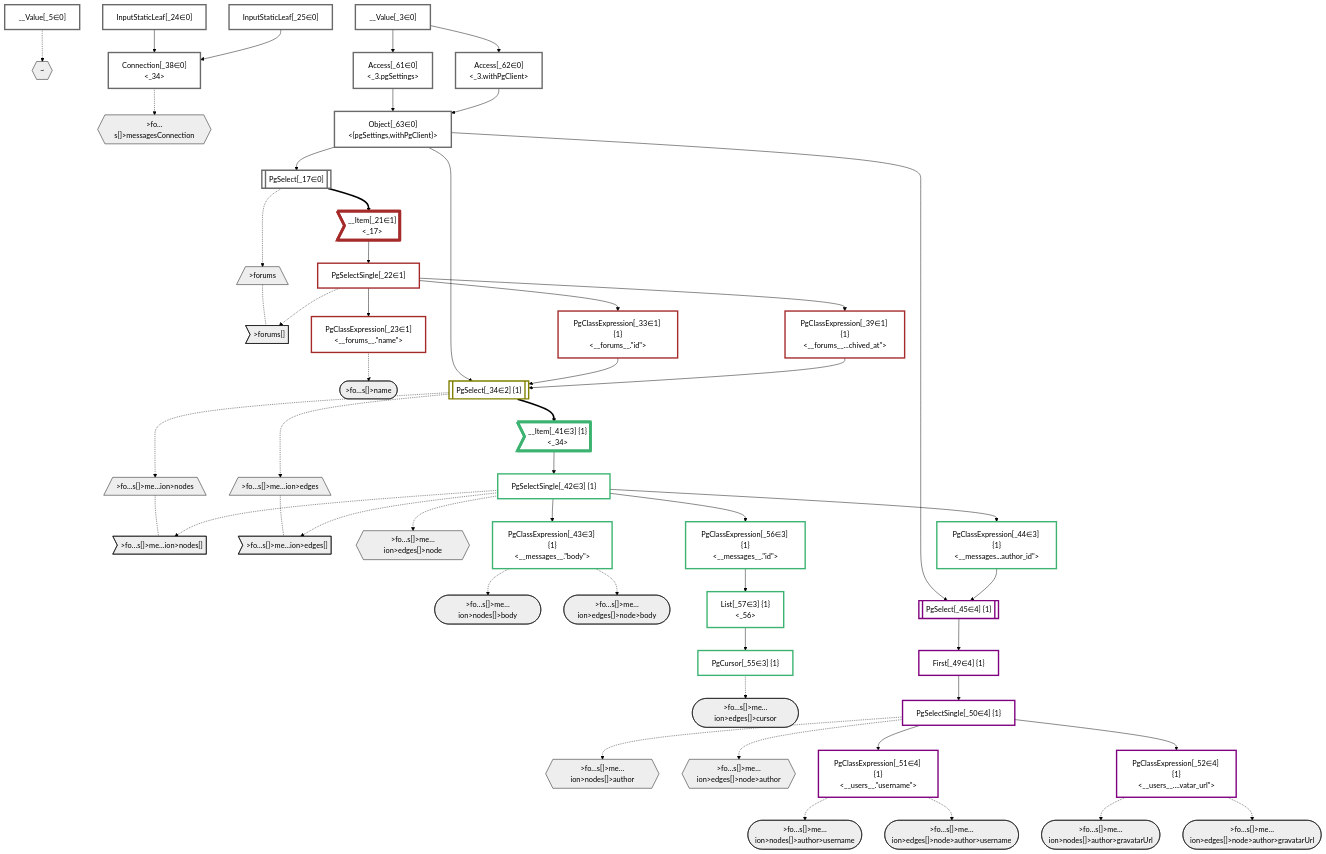
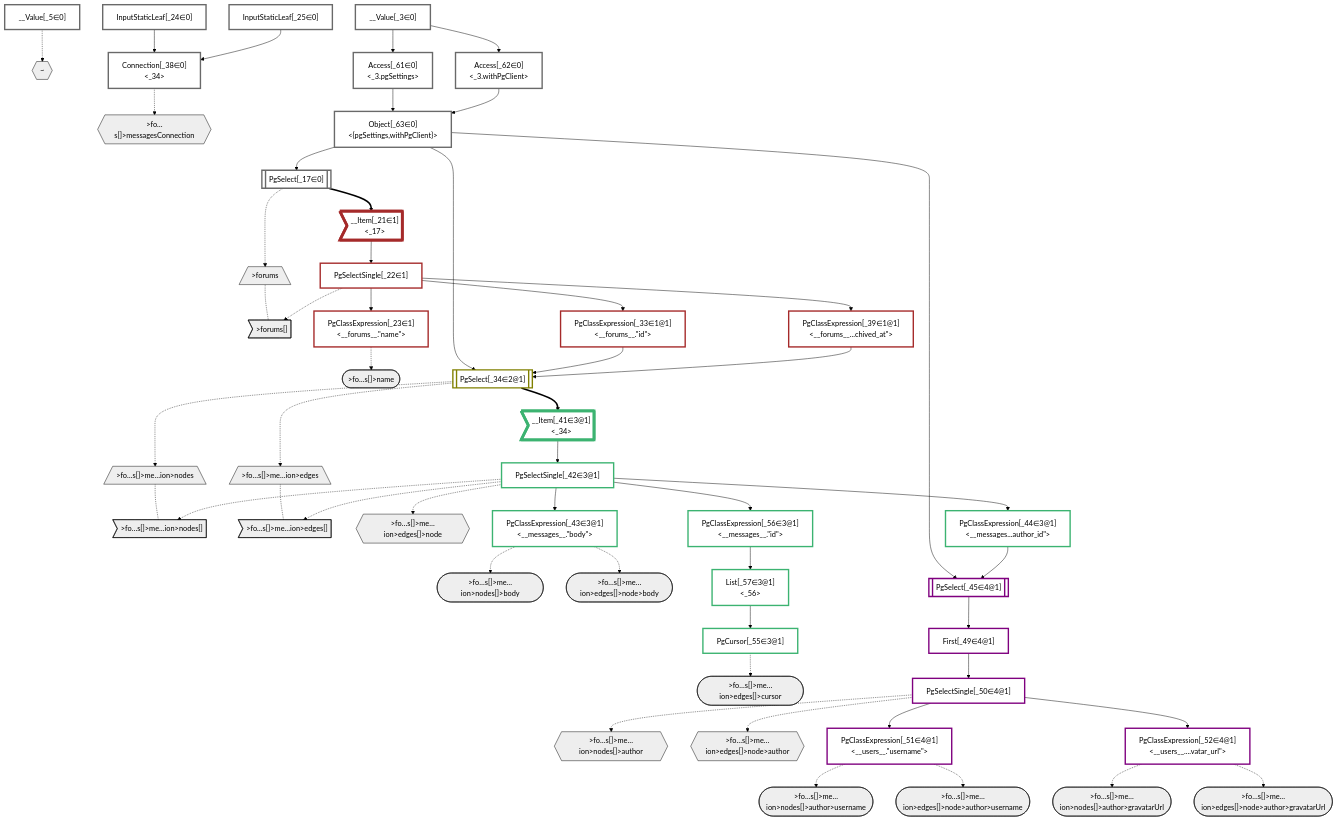
The diagram in packages/dataplan-pg/__tests__/queries/conditions/archived-forum-inherited-messages.defer-2.deopt.mermaid.md (graphile/crystal), drawn with Mermaid (forest theme) before and after one commit. The commit also changed 41 other files, not shown here.

Commit message:
New mermaid output with primary group IDs

```diff
--- a/packages/dataplan-pg/__tests__/queries/conditions/archived-forum-inherited-messages.defer-2.deopt.mermaid.md
+++ b/packages/dataplan-pg/__tests__/queries/conditions/archived-forum-inherited-messages.defer-2.deopt.mermaid.md
@@ -54,22 +54,22 @@
     PgClassExpression_23["PgClassExpression[_23∈1]<br /><__forums__.#quot;name#quot;>"]:::plan
     InputStaticLeaf_24["InputStaticLeaf[_24∈0]"]:::plan
     InputStaticLeaf_25["InputStaticLeaf[_25∈0]"]:::plan
-    PgClassExpression_33["PgClassExpression[_33∈1] {1}<br /><__forums__.#quot;id#quot;>"]:::plan
-    PgSelect_34[["PgSelect[_34∈2] {1}<br /><messages>"]]:::plan
+    PgClassExpression_33["PgClassExpression[_33∈1@1]<br /><__forums__.#quot;id#quot;>"]:::plan
+    PgSelect_34[["PgSelect[_34∈2@1]<br /><messages>"]]:::plan
     Connection_38["Connection[_38∈0]<br /><_34>"]:::plan
-    PgClassExpression_39["PgClassExpression[_39∈1] {1}<br /><__forums__...chived_at#quot;>"]:::plan
-    __Item_41>"__Item[_41∈3] {1}<br /><_34>"]:::itemplan
-    PgSelectSingle_42["PgSelectSingle[_42∈3] {1}<br /><messages>"]:::plan
-    PgClassExpression_43["PgClassExpression[_43∈3] {1}<br /><__messages__.#quot;body#quot;>"]:::plan
-    PgClassExpression_44["PgClassExpression[_44∈3] {1}<br /><__messages...author_id#quot;>"]:::plan
-    PgSelect_45[["PgSelect[_45∈4] {1}<br /><users>"]]:::plan
-    First_49["First[_49∈4] {1}"]:::plan
-    PgSelectSingle_50["PgSelectSingle[_50∈4] {1}<br /><users>"]:::plan
-    PgClassExpression_51["PgClassExpression[_51∈4] {1}<br /><__users__.#quot;username#quot;>"]:::plan
-    PgClassExpression_52["PgClassExpression[_52∈4] {1}<br /><__users__....vatar_url#quot;>"]:::plan
-    PgCursor_55["PgCursor[_55∈3] {1}"]:::plan
-    PgClassExpression_56["PgClassExpression[_56∈3] {1}<br /><__messages__.#quot;id#quot;>"]:::plan
-    List_57["List[_57∈3] {1}<br /><_56>"]:::plan
+    PgClassExpression_39["PgClassExpression[_39∈1@1]<br /><__forums__...chived_at#quot;>"]:::plan
+    __Item_41>"__Item[_41∈3@1]<br /><_34>"]:::itemplan
+    PgSelectSingle_42["PgSelectSingle[_42∈3@1]<br /><messages>"]:::plan
+    PgClassExpression_43["PgClassExpression[_43∈3@1]<br /><__messages__.#quot;body#quot;>"]:::plan
+    PgClassExpression_44["PgClassExpression[_44∈3@1]<br /><__messages...author_id#quot;>"]:::plan
+    PgSelect_45[["PgSelect[_45∈4@1]<br /><users>"]]:::plan
+    First_49["First[_49∈4@1]"]:::plan
+    PgSelectSingle_50["PgSelectSingle[_50∈4@1]<br /><users>"]:::plan
+    PgClassExpression_51["PgClassExpression[_51∈4@1]<br /><__users__.#quot;username#quot;>"]:::plan
+    PgClassExpression_52["PgClassExpression[_52∈4@1]<br /><__users__....vatar_url#quot;>"]:::plan
+    PgCursor_55["PgCursor[_55∈3@1]"]:::plan
+    PgClassExpression_56["PgClassExpression[_56∈3@1]<br /><__messages__.#quot;id#quot;>"]:::plan
+    List_57["List[_57∈3@1]<br /><_56>"]:::plan
     Access_61["Access[_61∈0]<br /><_3.pgSettings>"]:::plan
     Access_62["Access[_62∈0]<br /><_3.withPgClient>"]:::plan
     Object_63["Object[_63∈0]<br /><{pgSettings,withPgClient}>"]:::plan
```
